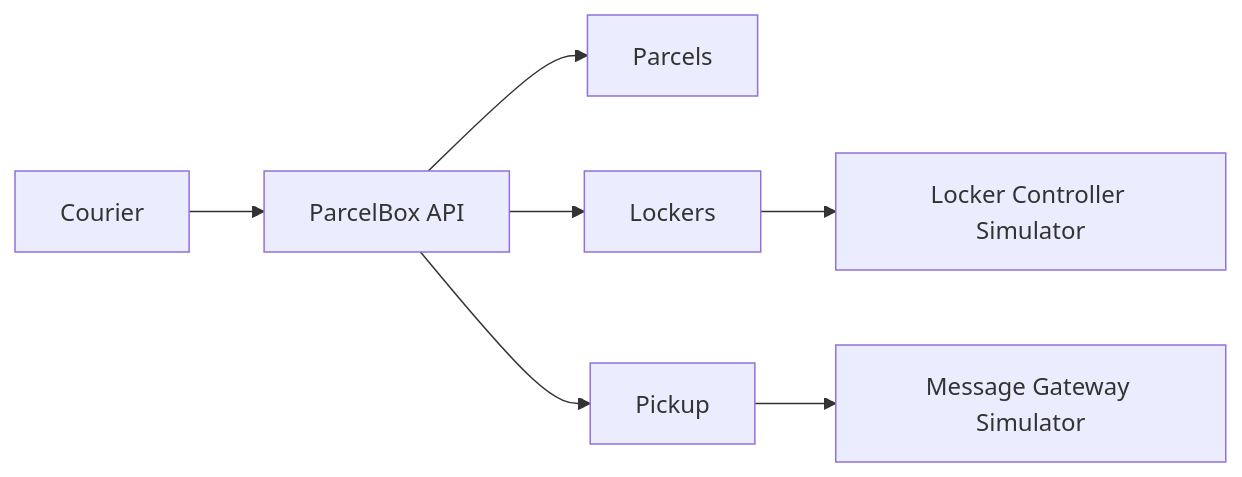
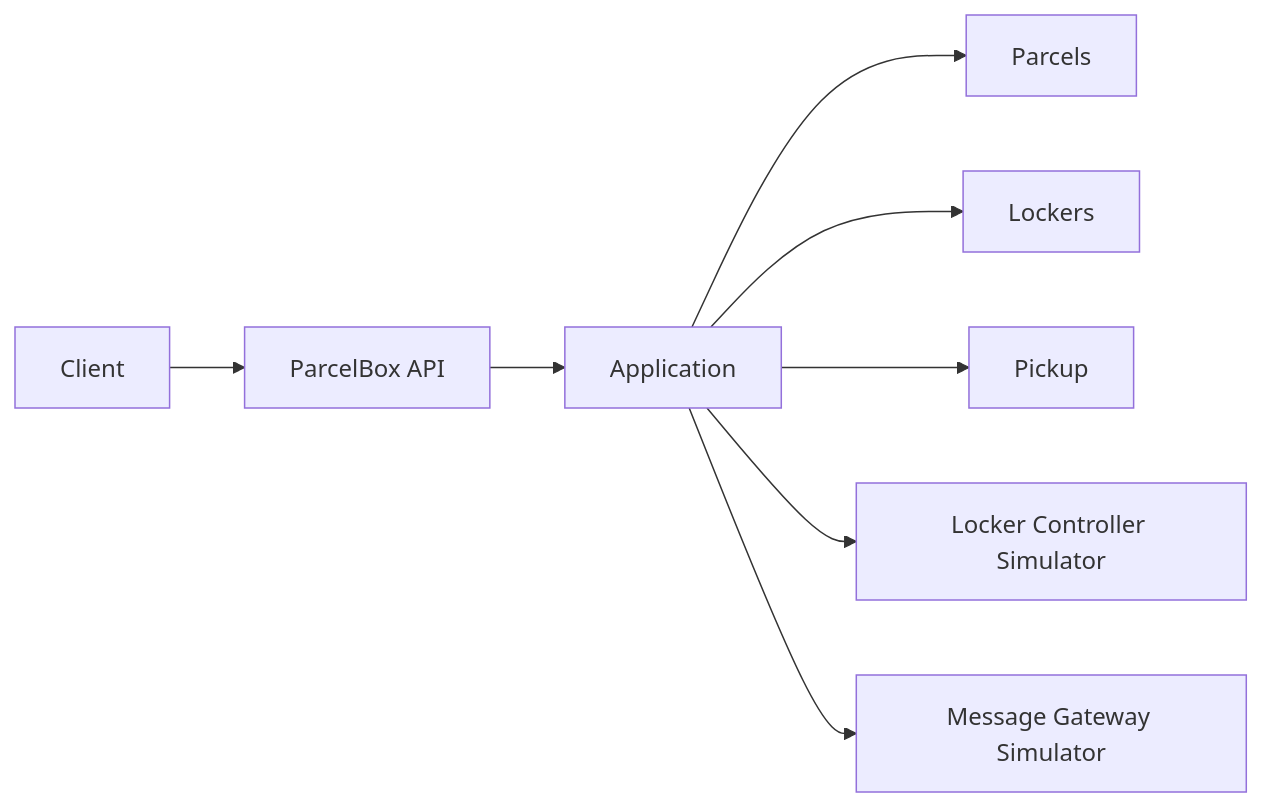
One commit to owlCoder/reference-parcelbox changed the diagram in README.md. Above: the diagram before and after it, drawn with Mermaid. The commit also changed other lines of this file and 1 other file, not shown here.

Commit message:
docs: align architecture guide with typed domain errors

````diff
--- a/README.md
+++ b/README.md
@@ -10,9 +10,10 @@
 ```mermaid
 flowchart LR
-    C[Courier] --> API[ParcelBox API]
-    API --> P[Parcels]
-    API --> L[Lockers]
-    API --> U[Pickup]
-    L --> LC[Locker Controller Simulator]
-    U --> MG[Message Gateway Simulator]
+    Client --> API[ParcelBox API]
+    API --> Application
+    Application --> Parcels
+    Application --> Lockers
+    Application --> Pickup
+    Application --> Locker[Locker Controller Simulator]
+    Application --> Message[Message Gateway Simulator]
 ```
````
